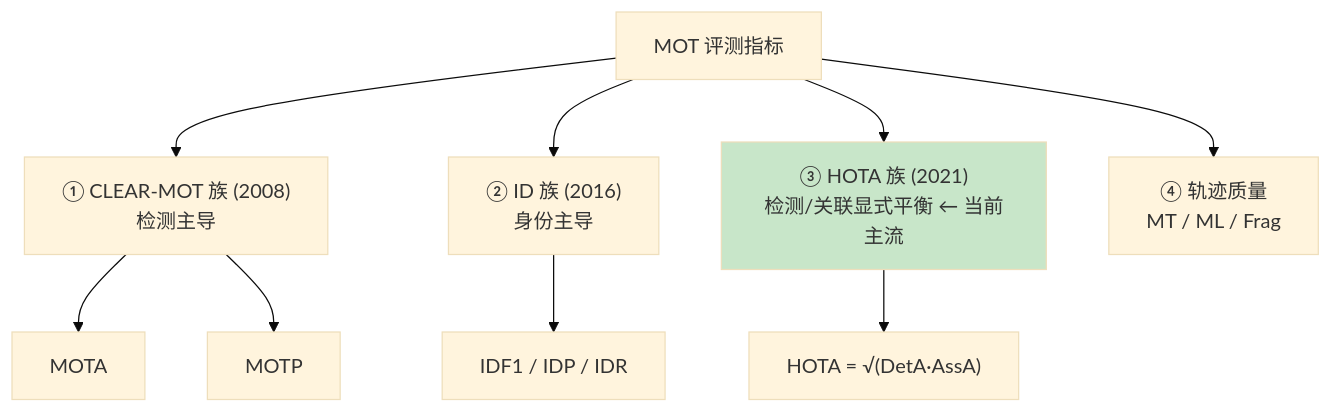
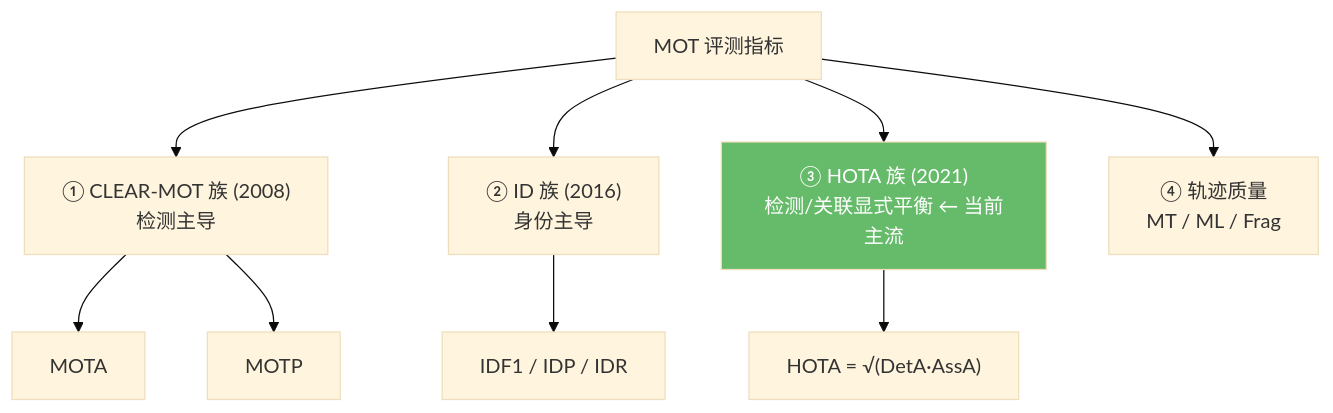
Before and after one commit to yyq19990828/onnxtools: the first of 8 diagrams in docs/guides/tracking/metrics.md, drawn with Mermaid (base theme). The commit also changed other lines of this file and 12 other files, not shown here.

First line of the commit message:
fix(docs): 修复 mermaid 暗色模式配色 + 语法报错 + 数学公式渲染

````diff
--- a/docs/guides/tracking/metrics.md
+++ b/docs/guides/tracking/metrics.md
@@ -9,13 +9,13 @@
 ```mermaid
 graph TD
     M["MOT 评测指标"]
     M --> A["① CLEAR-MOT 族 (2008)<br/>检测主导"]
     M --> B["② ID 族 (2016)<br/>身份主导"]
     M --> C["③ HOTA 族 (2021)<br/>检测/关联显式平衡 ← 当前主流"]
     M --> D["④ 轨迹质量<br/>MT / ML / Frag"]
     A --> A1["MOTA"]
     A --> A2["MOTP"]
     B --> B1["IDF1 / IDP / IDR"]
     C --> C1["HOTA = √(DetA·AssA)"]
-    style C fill:#c8e6c9
+    style C fill:#66bb6a,color:#fff
 ```
````
